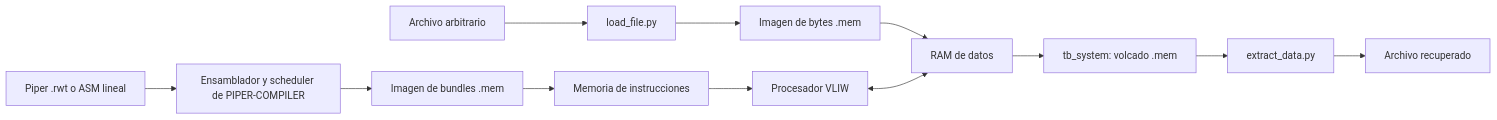
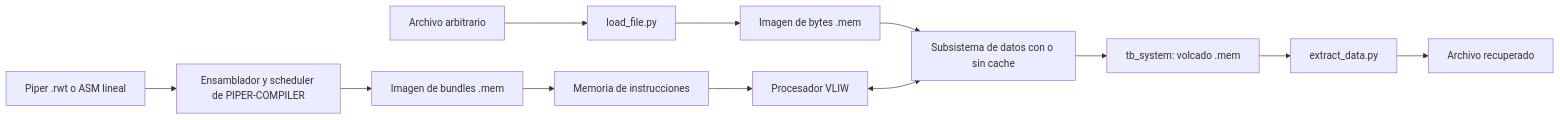
The first of 2 diagrams in docs/simulation.md (luisfeliTEC-0603/PORYGON), drawn with Mermaid before and after one commit. The commit also changed other lines of this file and 8 other files, not shown here.

````diff
--- a/docs/simulation.md
+++ b/docs/simulation.md
@@ -96,14 +94,14 @@
 ```mermaid
 flowchart LR
     P[Piper .rwt o ASM lineal] --> C[Ensamblador y scheduler de PIPER-COMPILER]
     C --> I[Imagen de bundles .mem]
     F[Archivo arbitrario] --> L[load_file.py]
     L --> D[Imagen de bytes .mem]
     I --> IM[Memoria de instrucciones]
-    D --> DM[RAM de datos]
+    D --> DM[Subsistema de datos con o sin cache]
     IM --> CPU[Procesador VLIW]
     CPU <--> DM
     DM --> T[tb_system: volcado .mem]
     T --> E[extract_data.py]
     E --> O[Archivo recuperado]
 ```
````
